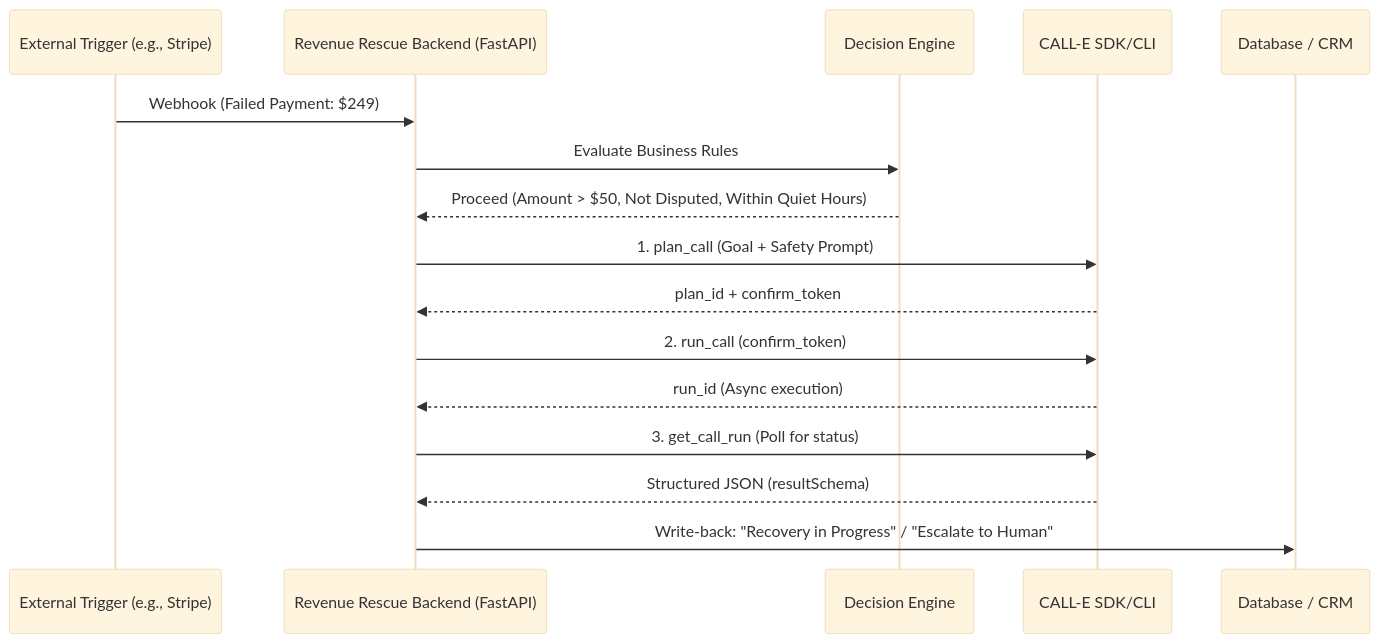
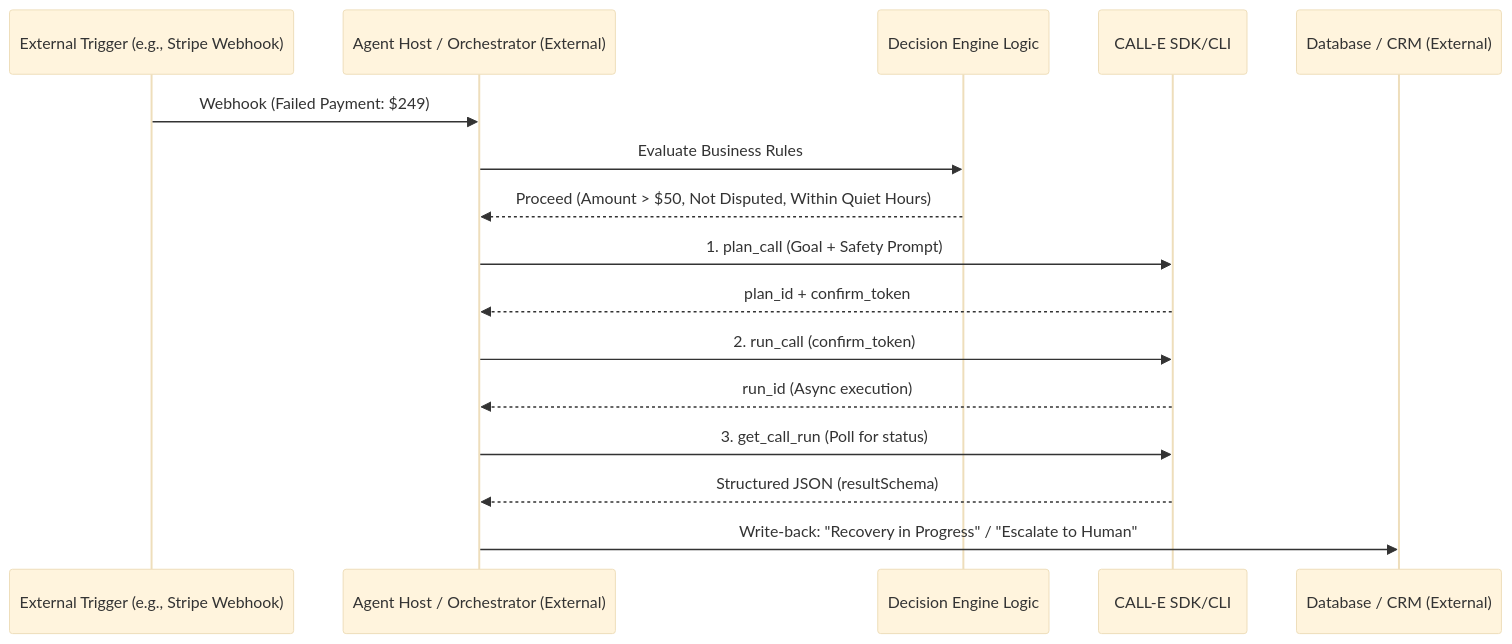
One commit to subair99/revenue-rescue changed the diagram in awesome-phone-call-agents/skills/revenue-rescue/docs/README.md. Above: the diagram before and after it, drawn with Mermaid (base theme). The commit also changed other lines of this file and 4 other files, not shown here.

````diff
--- a/awesome-phone-call-agents/skills/revenue-rescue/docs/README.md
+++ b/awesome-phone-call-agents/skills/revenue-rescue/docs/README.md
@@ -26,19 +34,19 @@
 ```mermaid
 sequenceDiagram
-    participant Stripe as External Trigger (e.g., Stripe)
-    participant BE as Revenue Rescue Backend (FastAPI)
-    participant DE as Decision Engine
+    participant Trigger as External Trigger (e.g., Stripe Webhook)
+    participant Host as Agent Host / Orchestrator (External)
+    participant DE as Decision Engine Logic
     participant CALLE as CALL-E SDK/CLI
-    participant DB as Database / CRM
+    participant CRM as Database / CRM (External)
 
-    Stripe->>BE: Webhook (Failed Payment: $249)
-    BE->>DE: Evaluate Business Rules
-    DE-->>BE: Proceed (Amount > $50, Not Disputed, Within Quiet Hours)
-    BE->>CALLE: 1. plan_call (Goal + Safety Prompt)
-    CALLE-->>BE: plan_id + confirm_token
-    BE->>CALLE: 2. run_call (confirm_token)
-    CALLE-->>BE: run_id (Async execution)
-    BE->>CALLE: 3. get_call_run (Poll for status)
-    CALLE-->>BE: Structured JSON (resultSchema)
-    BE->>DB: Write-back: "Recovery in Progress" / "Escalate to Human"
+    Trigger->>Host: Webhook (Failed Payment: $249)
+    Host->>DE: Evaluate Business Rules
+    DE-->>Host: Proceed (Amount > $50, Not Disputed, Within Quiet Hours)
+    Host->>CALLE: 1. plan_call (Goal + Safety Prompt)
+    CALLE-->>Host: plan_id + confirm_token
+    Host->>CALLE: 2. run_call (confirm_token)
+    CALLE-->>Host: run_id (Async execution)
+    Host->>CALLE: 3. get_call_run (Poll for status)
+    CALLE-->>Host: Structured JSON (resultSchema)
+    Host->>CRM: Write-back: "Recovery in Progress" / "Escalate to Human"
 ```
````
